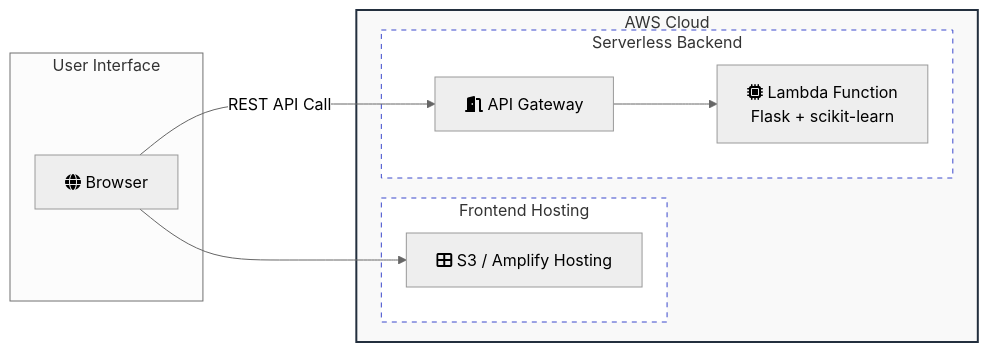
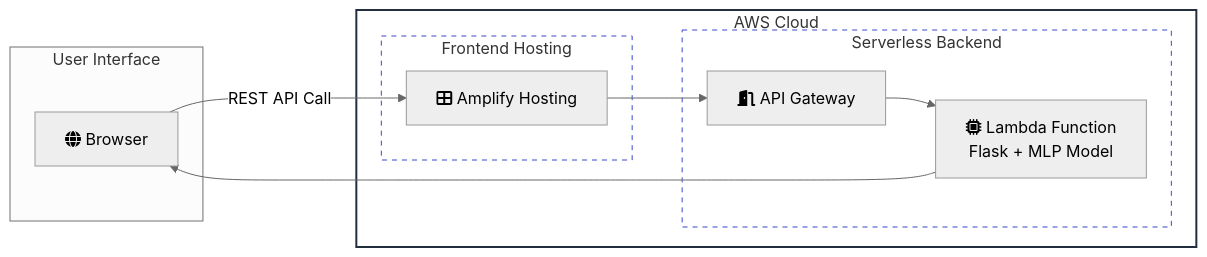
One commit to kea333/digit-recogniser-amplify-deploy changed the diagram in README.md. Above: the diagram before and after it, drawn with Mermaid (neutral theme). The commit also changed other lines of this file and 1 other file, not shown here.

````diff
--- a/README.md
+++ b/README.md
@@ -25,27 +25,30 @@
 ```mermaid
 
 graph LR
     subgraph Client_Side [User Interface]
         A[fa:fa-globe Browser]
     end
 
     subgraph AWS_Cloud [AWS Cloud]
         subgraph Frontend_Hosting [Frontend Hosting]
-            B[fa:fa-th-large S3 / Amplify Hosting]
+            B[fa:fa-th-large Amplify Hosting]
         end
 
         subgraph Backend_Services [Serverless Backend]
             C[fa:fa-door-open API Gateway]
-            D[fa:fa-microchip Lambda Function <br/> Flask + scikit-learn]
+            D[fa:fa-microchip Lambda Function <br/> Flask + MLP Model]
         end
     end
 
-    A --> B
-    A -- REST API Call --> C
+    %% Connection Logic
+    A -- "REST API Call" --> B
+    B --> C
     C --> D
+    D --> A
 
-    style AWS_Cloud fill:#f9f9f9,stroke:#232f3e,stroke-width:2px
-    style Frontend_Hosting fill:#fff,stroke:#3b48cc,stroke-dasharray: 5 5
-    style Backend_Services fill:#fff,stroke:#3b48cc,stroke-dasharray: 5 5
+    %% Styling with no background fills
+    style AWS_Cloud fill:none,stroke:#232f3e,stroke-width:2px
+    style Frontend_Hosting fill:none,stroke:#3b48cc,stroke-dasharray: 5 5
+    style Backend_Services fill:none,stroke:#3b48cc,stroke-dasharray: 5 5
 
 ```
````
